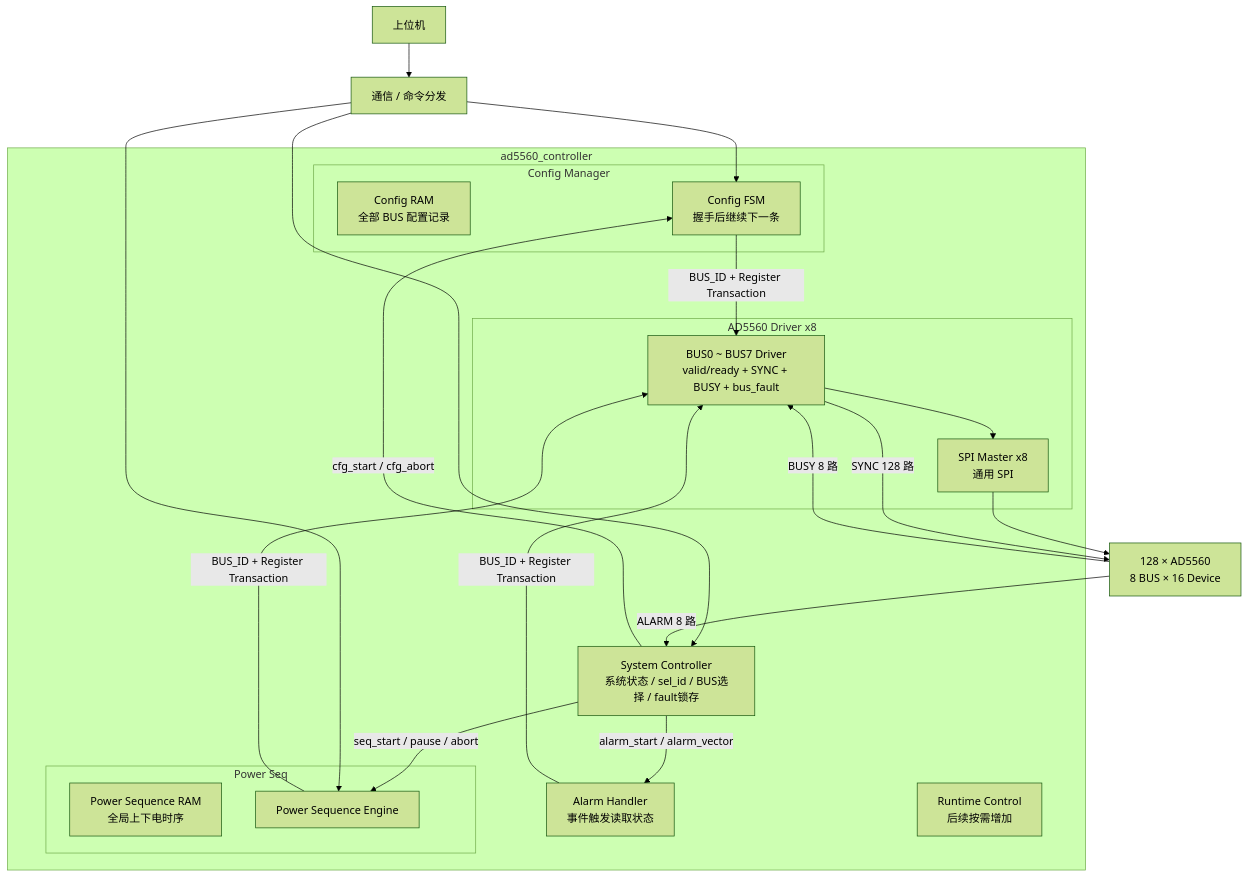
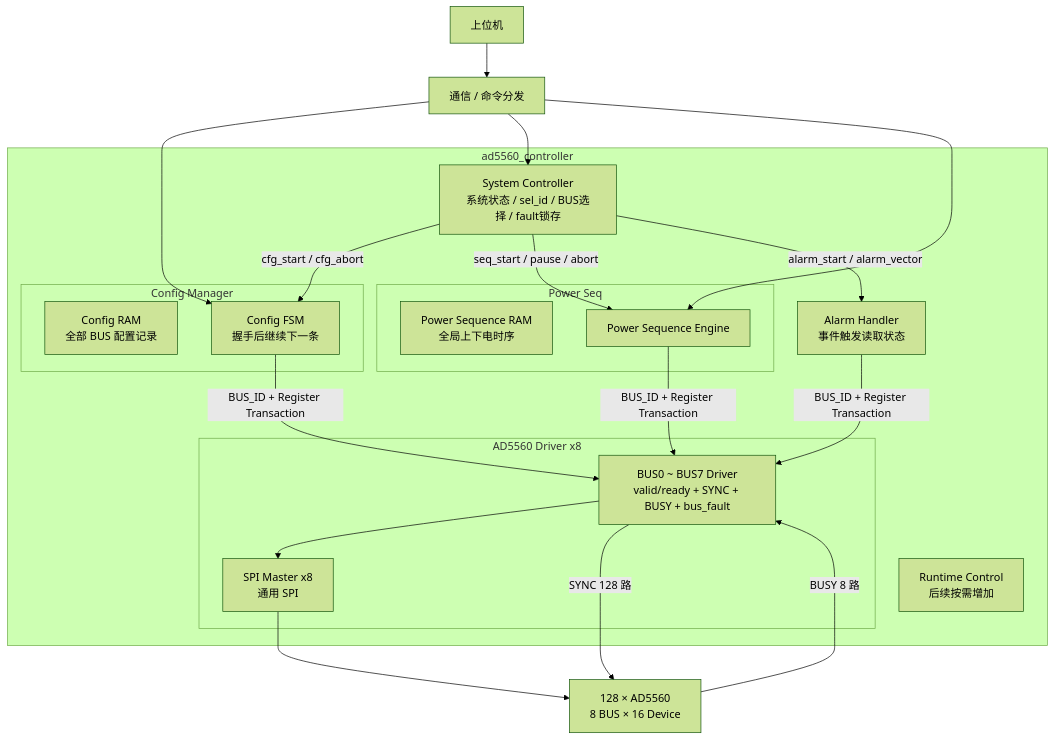
One commit to hhanghhhhh/hbm_proj changed the diagram in AD5560/SYSTEM_ARCHITECTURE.md. Above: the diagram before and after it, drawn with Mermaid (forest theme).

````diff
--- a/AD5560/SYSTEM_ARCHITECTURE.md
+++ b/AD5560/SYSTEM_ARCHITECTURE.md
@@ -204,49 +204,48 @@
 ```mermaid
 flowchart TB
     PC[上位机]
     COMM[通信 / 命令分发]
 
     subgraph CTRL[ad5560_controller]
         SYS[System Controller\n系统状态 / sel_id / BUS选择 / fault锁存]
 
         subgraph CFG[Config Manager]
             CRAM[Config RAM\n全部 BUS 配置记录]
             CM[Config FSM\n握手后继续下一条]
         end
 
         subgraph PSEQ[Power Seq]
             PSRAM[Power Sequence RAM\n全局上下电时序]
             PSE[Power Sequence Engine]
         end
 
         AH[Alarm Handler\n事件触发读取状态]
         RC[Runtime Control\n后续按需增加]
 
         subgraph DRIVERS[AD5560 Driver x8]
             DRV[BUS0 ~ BUS7 Driver\nvalid/ready + SYNC + BUSY + bus_fault]
             SPI[SPI Master x8\n通用 SPI]
             DRV --> SPI
         end
 
         SYS -->|cfg_start / cfg_abort| CM
         SYS -->|seq_start / pause / abort| PSE
         SYS -->|alarm_start / alarm_vector| AH
 
         CM -->|BUS_ID + Register Transaction| DRV
         PSE -->|BUS_ID + Register Transaction| DRV
         AH -->|BUS_ID + Register Transaction| DRV
 
     end
 
     DEV[128 × AD5560\n8 BUS × 16 Device]
 
     PC --> COMM
     COMM --> CM
     COMM --> SYS
     COMM --> PSE
 
     SPI --> DEV
     DRV -->|SYNC 128 路| DEV
     DEV -->|BUSY 8 路| DRV
-    DEV -->|ALARM 8 路| SYS
 ```
````
